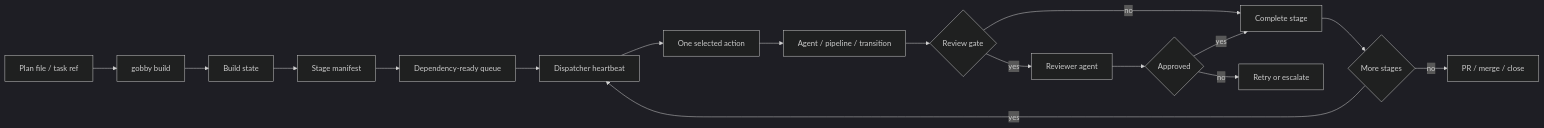
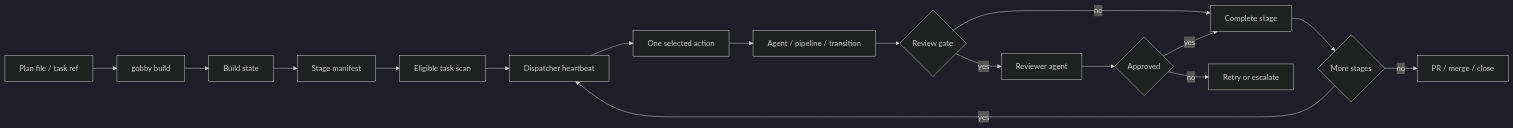
The diagram in docs/guides/orchestration.md (GobbyAI/gobby), drawn with Mermaid (dark theme) before and after one commit. The commit also changed other lines of this file and 14 other files, not shown here.

````diff
--- a/docs/guides/orchestration.md
+++ b/docs/guides/orchestration.md
@@ -13,19 +13,19 @@
 ```mermaid
 flowchart LR
     Input[Plan file / task ref] --> Build[gobby build]
     Build --> State[Build state]
     State --> Manifest[Stage manifest]
-    Manifest --> Queue[Dependency-ready queue]
+    Manifest --> Queue[Eligible task scan]
     Queue --> Tick[Dispatcher heartbeat]
     Tick --> Action[One selected action]
     Action --> Work[Agent / pipeline / transition]
     Work --> Review{Review gate}
     Review -->|yes| Reviewer[Reviewer agent]
     Review -->|no| Complete[Complete stage]
     Reviewer --> Decision{Approved}
     Decision -->|yes| Complete
     Decision -->|no| Retry[Retry or escalate]
     Complete --> Next{More stages}
     Next -->|yes| Tick
     Next -->|no| Delivery[PR / merge / close]
 ```
````
